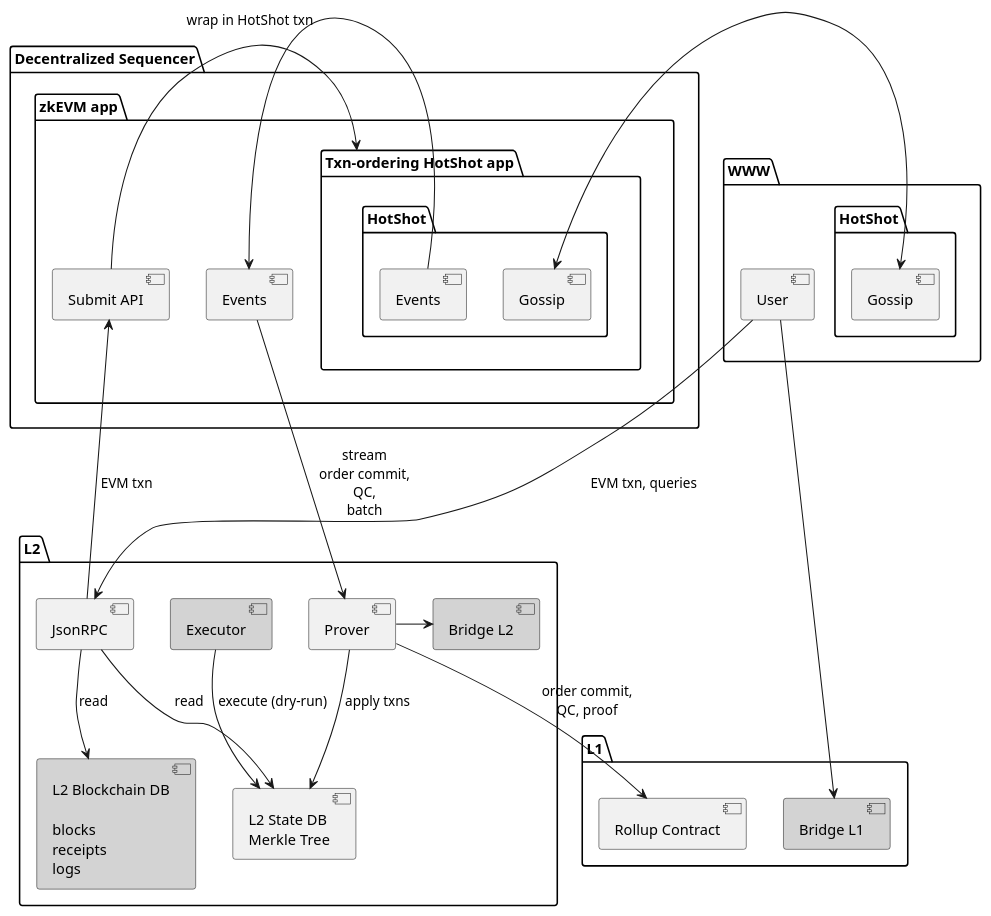
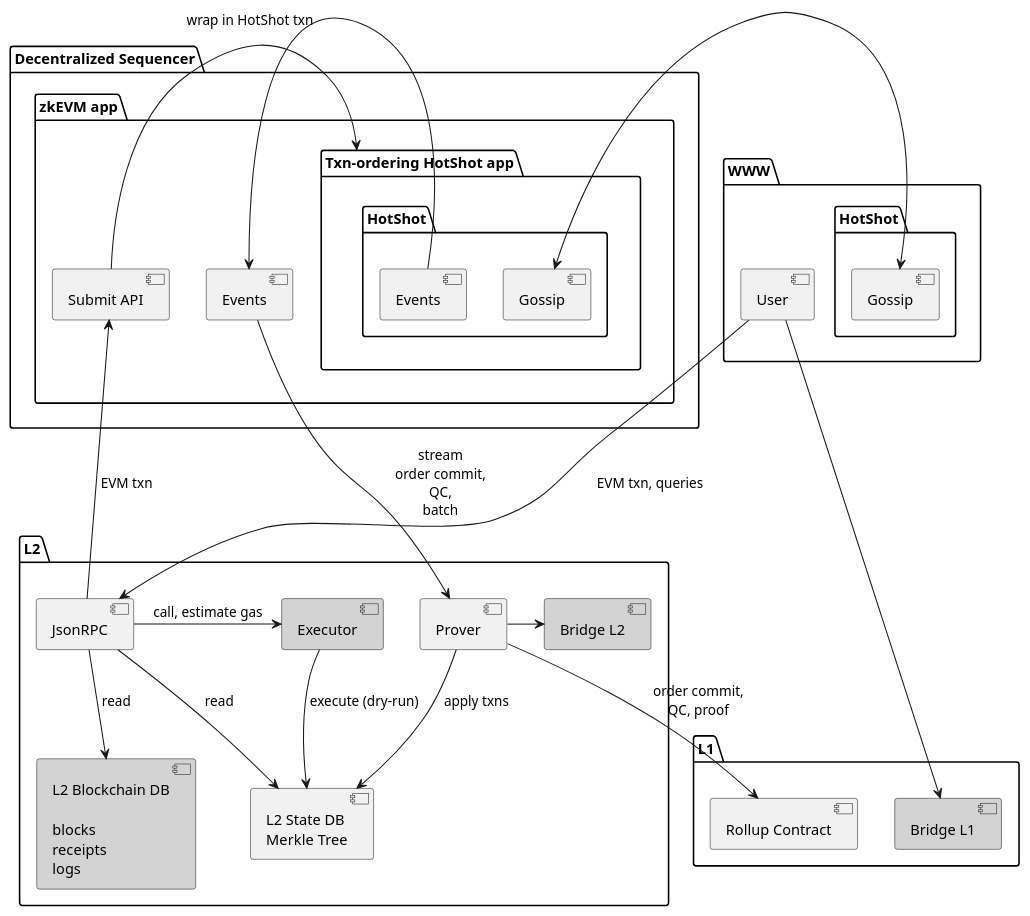
Before and after one commit to EspressoSystems/espresso-sequencer: the diagram in doc/architecture.puml, drawn with PlantUML.

Commit message:
Add RPC -> Executor

```diff
--- a/doc/architecture.puml
+++ b/doc/architecture.puml
@@ -1,63 +1,64 @@
 @startuml
 package "WWW" {
   component User
   package "HotShot" as HotShotExternal {
     component "Gossip" as GossipExternal
   }
 }
 
 package "Decentralized Sequencer" {
   package "zkEVM app" as zkApp {
     component Events
     component "Submit API" as Submit
     package "Txn-ordering HotShot app" as App {
       package HotShot {
         component "Gossip" as GossipInternal
         component "Events" as HotShotEvents
       }
     }
   }
 }
 
 package L2 {
   component JsonRPC
   component L2DB #lightgrey [
     L2 Blockchain DB
 
     blocks
     receipts
     logs
   ]
   component Prover
   component Executor #lightgrey
   component Tree [
     L2 State DB
     Merkle Tree
   ]
   component "Bridge L2" as BridgeL2 #lightgrey
 }
 
 package L1 {
   component Rollup [
     Rollup Contract
   ]
   component "Bridge L1" as BridgeL1 #lightgrey
 }
 
 GossipInternal <-> GossipExternal
 Prover -> BridgeL2
 
 User --> JsonRPC: EVM txn, queries
 JsonRPC -> Submit: EVM txn
 JsonRPC --> L2DB: read
 JsonRPC --> Tree: read
+JsonRPC -> Executor: call, estimate gas
 
 User -> BridgeL1
 Submit -> App: wrap in HotShot txn
 HotShotEvents -> Events
 
 Executor --> Tree: execute (dry-run)
 Prover --> Tree: apply txns
 Events --> Prover: stream\norder commit,\nQC,\nbatch
 Prover --> Rollup: order commit,\nQC, proof
 @enduml
```
